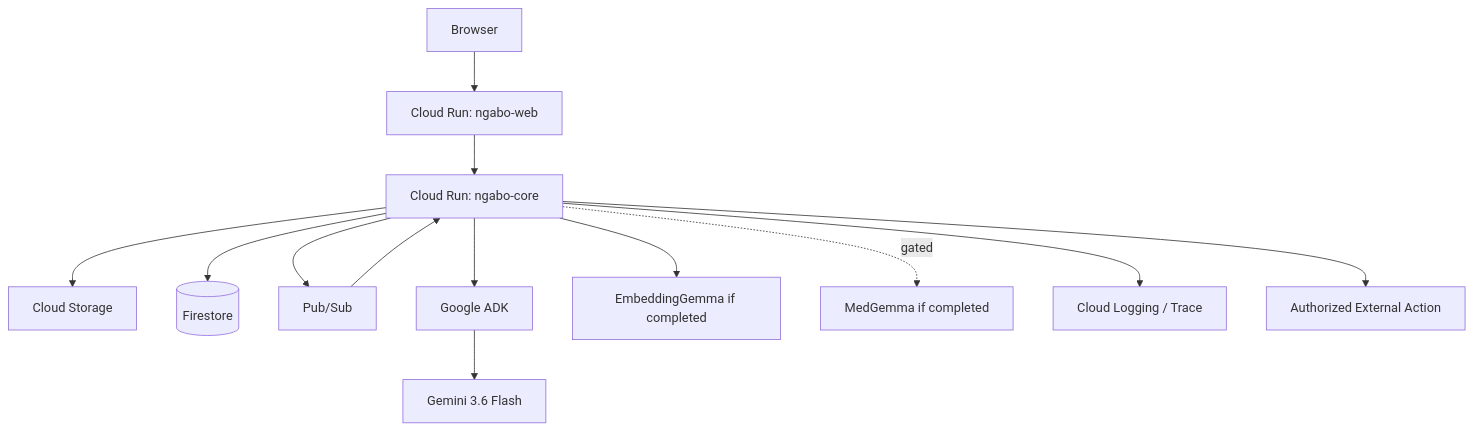
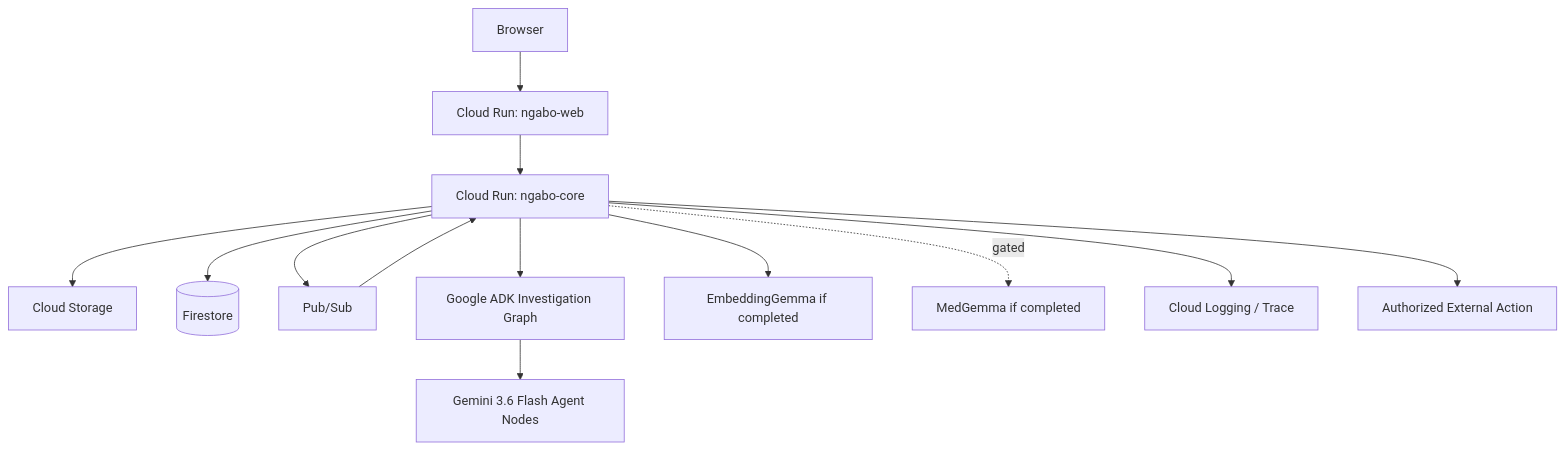
Before and after one commit to ronnielutaro/Ngabo-AMR-Surveillance: the third of 11 diagrams in docs/SYSTEM_DESIGN.md, drawn with Mermaid. The commit also changed other lines of this file, not shown here.

Commit message:
docs(architecture): show graph-first investigation design

````diff
--- a/docs/SYSTEM_DESIGN.md
+++ b/docs/SYSTEM_DESIGN.md
@@ -147,15 +153,15 @@
 ```mermaid
 flowchart TD
     Browser --> Web[Cloud Run: ngabo-web]
     Web --> Core[Cloud Run: ngabo-core]
     Core --> GCS[Cloud Storage]
     Core --> DB[(Firestore)]
     Core --> PS[Pub/Sub]
     PS --> Core
-    Core --> Agent[Google ADK]
-    Agent --> Gemini[Gemini 3.6 Flash]
+    Core --> Graph[Google ADK Investigation Graph]
+    Graph --> Gemini[Gemini 3.6 Flash Agent Nodes]
     Core --> Embed[EmbeddingGemma if completed]
     Core -. gated .-> Med[MedGemma if completed]
     Core --> Logs[Cloud Logging / Trace]
     Core --> Notify[Authorized External Action]
 ```
````
